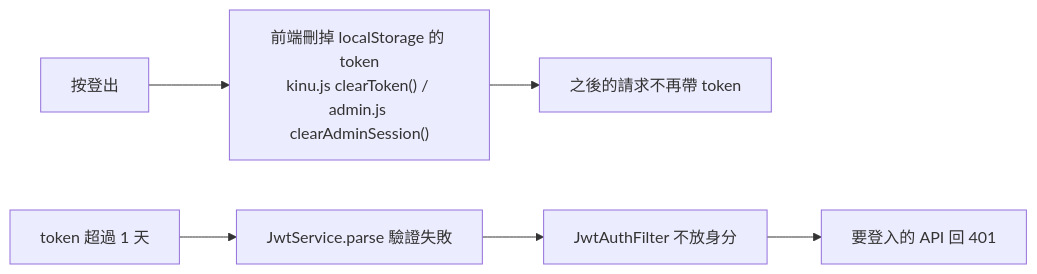
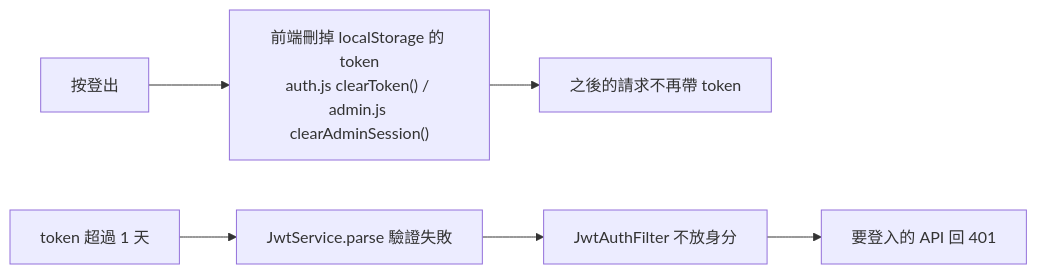
Before and after one commit to bxumsle000-cmd/Unicloth: the fourth of 4 diagrams in docs/jwt-flow.md, drawn with Mermaid. The commit also changed other lines of this file and 76 other files, not shown here.

````diff
--- a/docs/jwt-flow.md
+++ b/docs/jwt-flow.md
@@ -155,9 +155,9 @@
 ```mermaid
 flowchart LR
-    A[按登出] --> B["前端刪掉 localStorage 的 token<br/>kinu.js clearToken() / admin.js clearAdminSession()"]
+    A[按登出] --> B["前端刪掉 localStorage 的 token<br/>auth.js clearToken() / admin.js clearAdminSession()"]
     B --> C[之後的請求不再帶 token]
 
     D[token 超過 1 天] --> E[JwtService.parse 驗證失敗]
     E --> F[JwtAuthFilter 不放身分]
     F --> G[要登入的 API 回 401]
 ```
````
